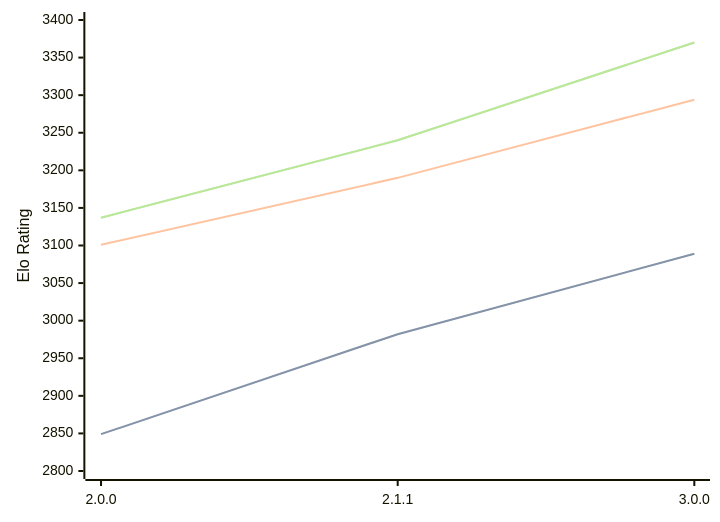
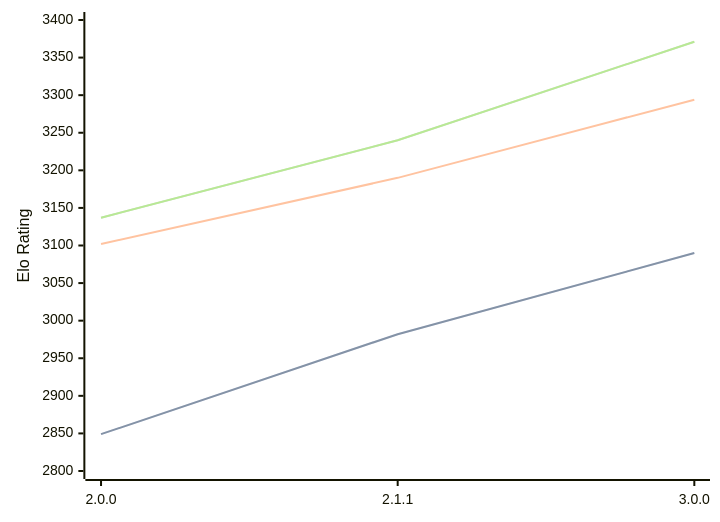
The third of 3 diagrams in engines/Bread.md (computer-chess-index/cci), drawn with Mermaid before and after one commit. The commit also changed other lines of this file, not shown here.

Commit message:
Update CCI Ratings (ELO VLTC) - 2026-06-16

````diff
--- a/engines/Bread.md
+++ b/engines/Bread.md
@@ -85,11 +85,11 @@
 ```mermaid
 %%{init: {"theme":"base","themeVariables":{"seriesColors:['#a3a3a3','#222221','#faa371']}}}%%
 xychart-beta
   x-axis ["2.0.0", "2.1.1", "3.0.0"]
   y-axis "Elo Rating" 2800 --> 3400
-  line "STC (8.0+0.08s)" [2849, 2982, 3089]
-  line "STC (8.0+0.08s)" [2849, 2982, 3089]
-  line "LTC (60.0+0.60s)" [3101, 3190, 3294]
-  line "VLTC (2m24s+1.12s)" [3137, 3240, 3370]
-  line "VLTC (2m24s+1.12s)" [3137, 3240, 3370]
+  line "STC (8.0+0.08s)" [2849, 2982, 3090]
+  line "STC (8.0+0.08s)" [2849, 2982, 3090]
+  line "LTC (60.0+0.60s)" [3102, 3190, 3294]
+  line "VLTC (2m24s+1.12s)" [3137, 3240, 3371]
+  line "VLTC (2m24s+1.12s)" [3137, 3240, 3371]
 ```
````
